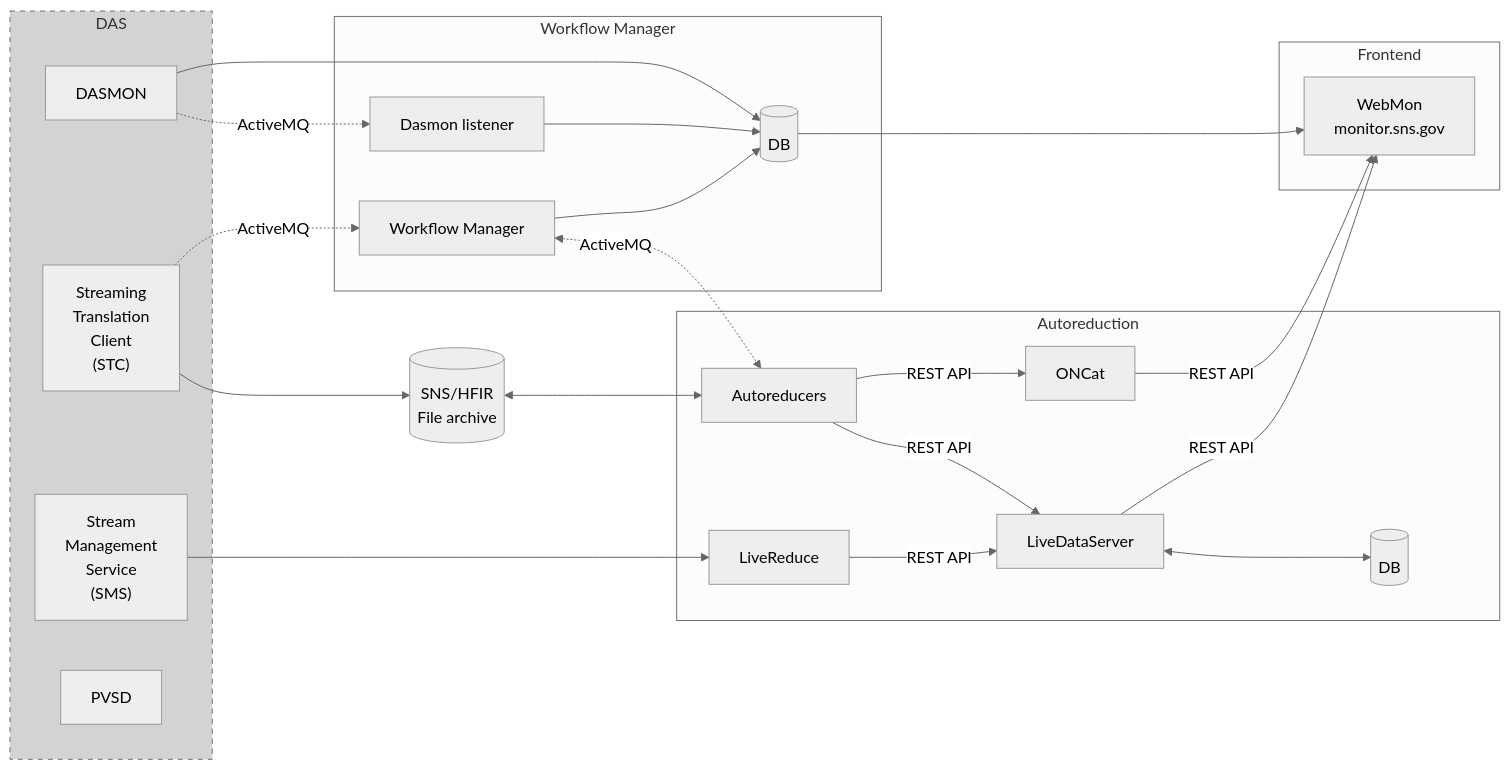
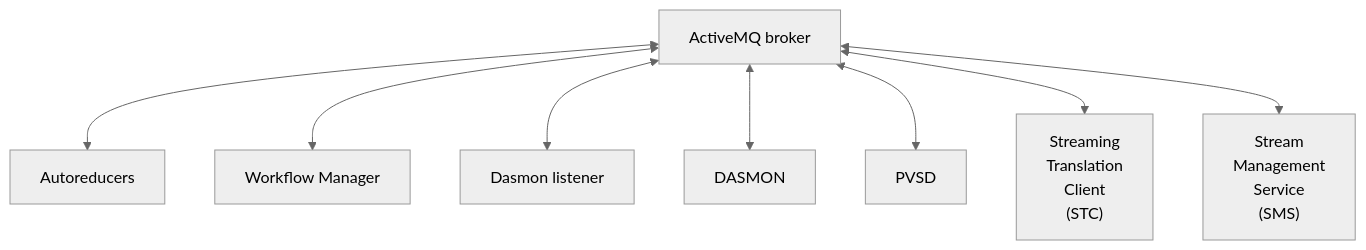
One commit to neutrons/data_workflow changed the second of 2 diagrams in docs/developer/design/overview.rst. Above: the diagram before and after it, drawn with Mermaid (neutral theme). The commit also changed other lines of this file and 1 other file, not shown here.

```diff
--- a/docs/developer/design/overview.rst
+++ b/docs/developer/design/overview.rst
@@ -74,46 +82,19 @@
 .. mermaid::
 
-    flowchart LR
-        FileArchive[("`SNS/HFIR
-        File archive`")]
-        subgraph DAS
-            DASMON
-            TranslationService["`Streaming
-            Translation
-            Client
-            (STC)`"]
-            SMS["`Stream
-            Management
-            Service
-            (SMS)`"]
-            PVSD
-        end
-        subgraph "Workflow Manager"
-            WorkflowManager[Workflow Manager]
-            DasmonListener[Dasmon listener]
-            Database[(DB)]
-        end
-        subgraph Autoreduction
-            Autoreducers-->|REST API|ONCat
-            LiveDataServer<-->LiveDataDB[(DB)]
-            LiveReduce
-        end
-        subgraph Frontend
-            WebMon["`WebMon
-            monitor.sns.gov`"]
-        end
-        SMS-->LiveReduce
-        TranslationService-.->|ActiveMQ|WorkflowManager
-        DASMON-.->|ActiveMQ|DasmonListener
-        DASMON-->Database
-        WorkflowManager<-.->|ActiveMQ|Autoreducers
-        Autoreducers-->|REST API|LiveDataServer
-        Database-->WebMon
-        ONCat-->|REST API|WebMon
-        LiveDataServer-->|REST API|WebMon
-        LiveReduce-->|REST API|LiveDataServer
-        DasmonListener-->Database
-        WorkflowManager-->Database
-        TranslationService-->FileArchive
-        FileArchive<-->Autoreducers
-        style DAS fill:#D3D3D3, stroke-dasharray: 5 5
+    flowchart TB
+        TranslationService["`Streaming
+        Translation
+        Client
+        (STC)`"]
+        SMS["`Stream
+        Management
+        Service
+        (SMS)`"]
+        Broker[ActiveMQ broker]
+        Broker<-->Autoreducers
+        Broker<-->WorkflowManager[Workflow Manager]
+        Broker<-->DasmonListener[Dasmon listener]
+        Broker<-->DASMON
+        Broker<-->PVSD
+        Broker<-->TranslationService
+        Broker<-->SMS
```
